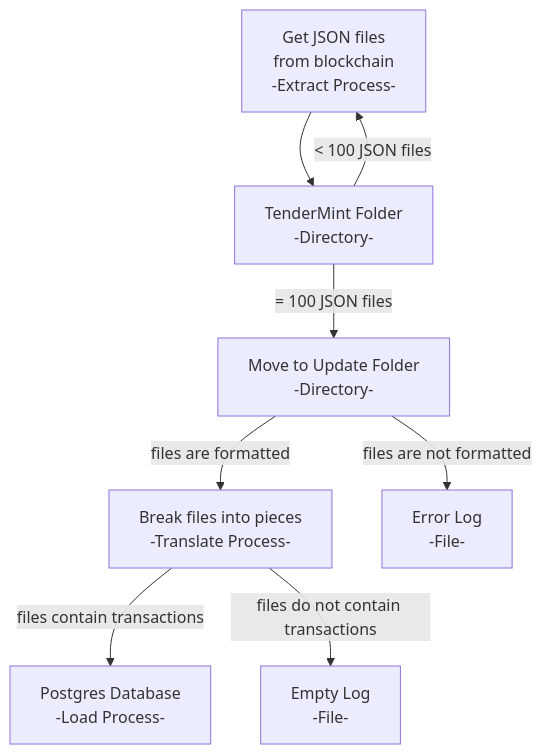
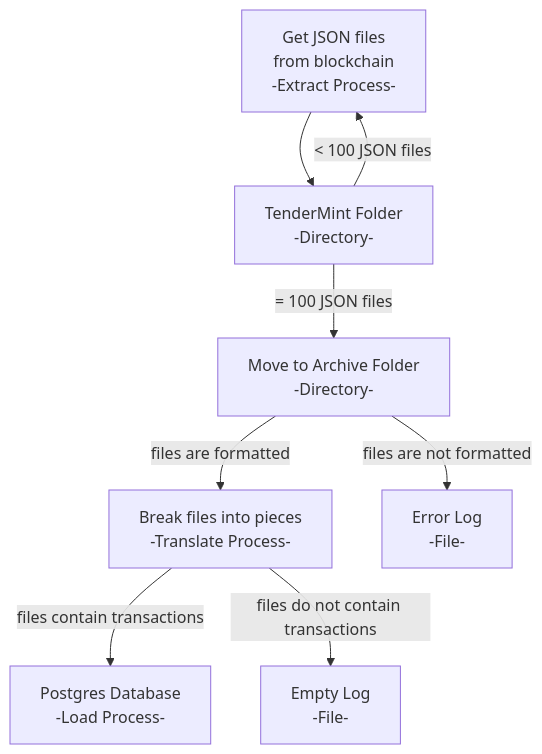
Before and after one commit to patmcfarland/one: the diagram in README.md, drawn with Mermaid.

````diff
--- a/README.md
+++ b/README.md
@@ -1,16 +1,16 @@
 ```mermaid
 flowchart TD
 A[Get JSON files<br>from blockchain<br>-Extract Process-]
 A --> B
 B[TenderMint Folder<br>-Directory-]
-B -- = 100 JSON files --> C[Move to Update Folder<br>-Directory-]
+B -- = 100 JSON files --> C[Move to Archive Folder<br>-Directory-]
 B -- < 100 JSON files --> A
 C -- files are formatted --> D
 D[Break files into pieces<br>-Translate Process-]
 C -- files are not formatted --> E
 E[Error Log<br>-File-]
 F[Postgres Database<br>-Load Process-]
 D -- files contain transactions --> F
 D -- files do not contain transactions --> G
 G[Empty Log<br>-File-]
 ```
````
